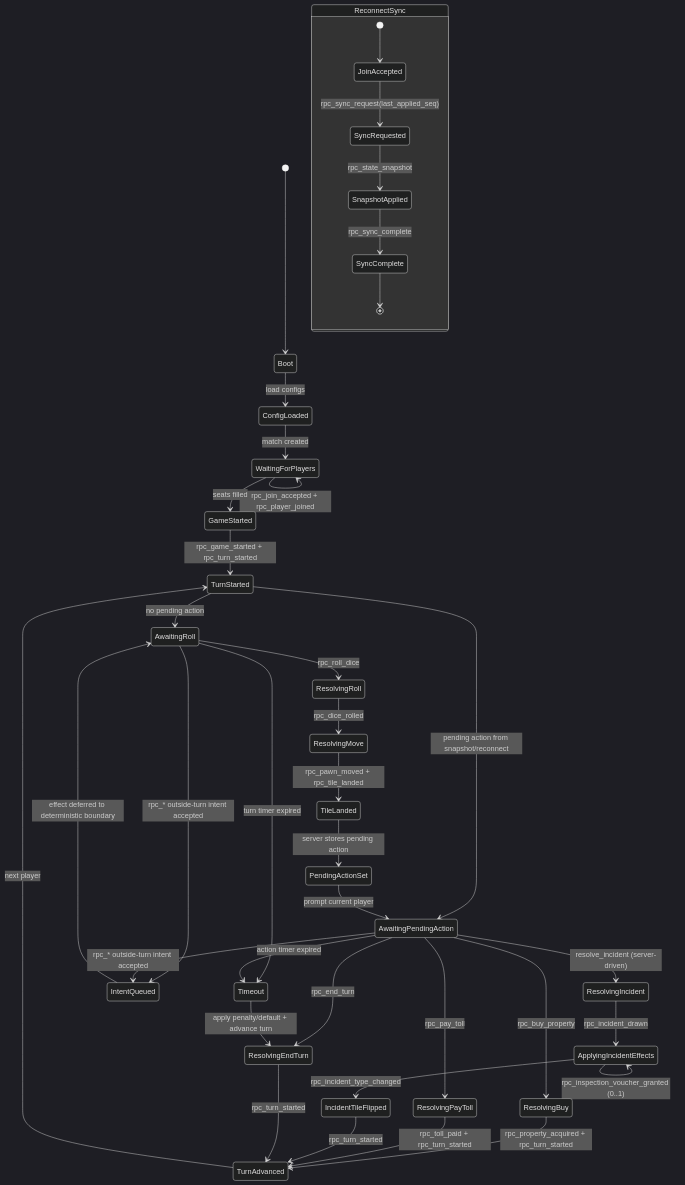
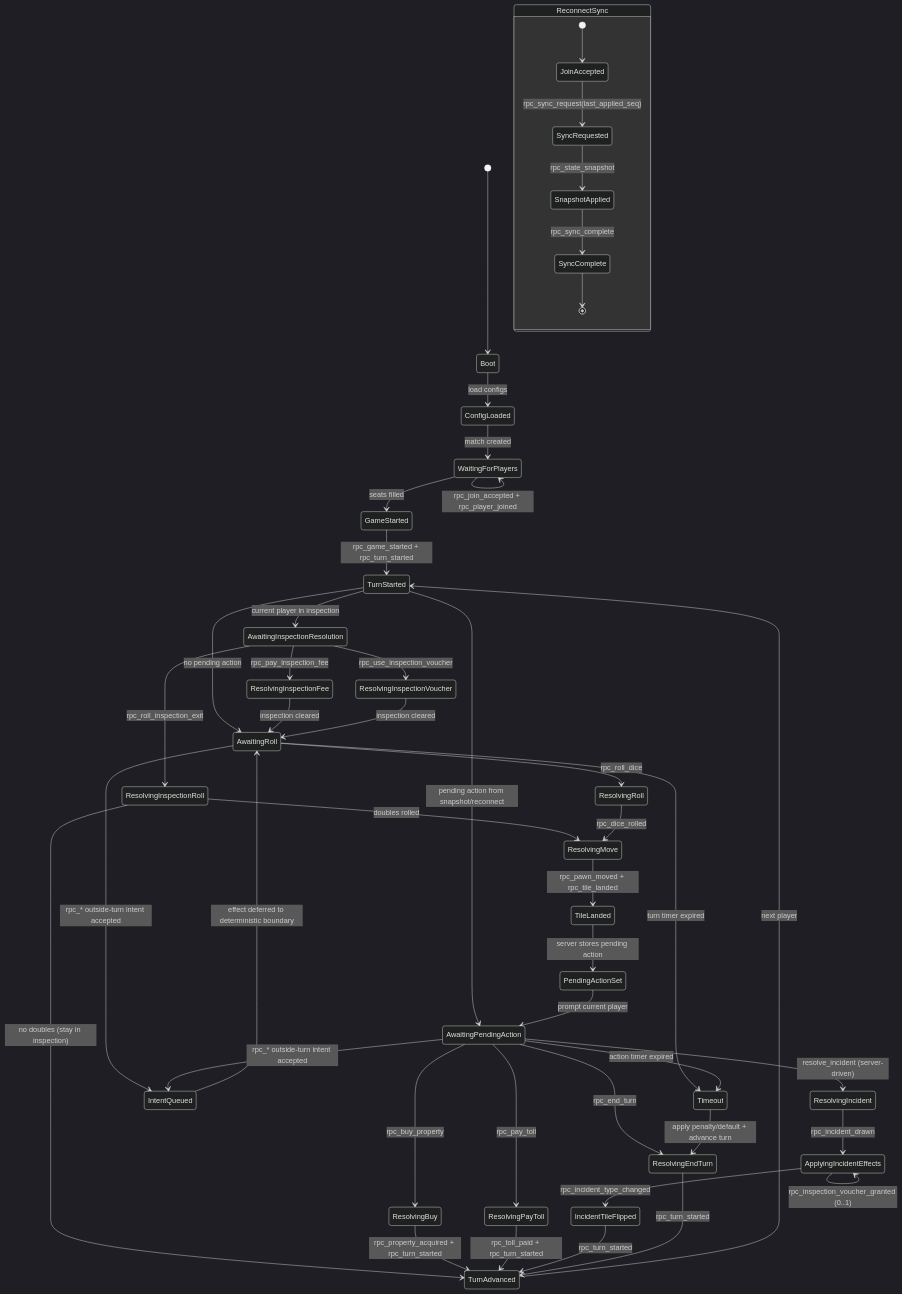
Before and after one commit to Falafel-Open-Games/evanopolis-ui-slice: the diagram in docs/state-machine.md, drawn with Mermaid (dark theme). The commit also changed other lines of this file and 16 other files, not shown here.

First line of the commit message:
feat: enforce inspection resolution before roll

````diff
--- a/docs/state-machine.md
+++ b/docs/state-machine.md
@@ -5,48 +5,56 @@
 ```mermaid
 stateDiagram-v2
     [*] --> Boot
     Boot --> ConfigLoaded: load configs
     ConfigLoaded --> WaitingForPlayers: match created
     WaitingForPlayers --> WaitingForPlayers: rpc_join (reject invalid)
     WaitingForPlayers --> WaitingForPlayers: rpc_join_accepted + rpc_player_joined
     WaitingForPlayers --> GameStarted: seats filled
     GameStarted --> TurnStarted: rpc_game_started + rpc_turn_started
 
     TurnStarted --> AwaitingRoll: no pending action
+    TurnStarted --> AwaitingInspectionResolution: current player in inspection
     TurnStarted --> AwaitingPendingAction: pending action from snapshot/reconnect
+    AwaitingInspectionResolution --> ResolvingInspectionFee: rpc_pay_inspection_fee
+    AwaitingInspectionResolution --> ResolvingInspectionVoucher: rpc_use_inspection_voucher
+    AwaitingInspectionResolution --> ResolvingInspectionRoll: rpc_roll_inspection_exit
+    ResolvingInspectionFee --> AwaitingRoll: inspection cleared
+    ResolvingInspectionVoucher --> AwaitingRoll: inspection cleared
+    ResolvingInspectionRoll --> ResolvingMove: doubles rolled
+    ResolvingInspectionRoll --> TurnAdvanced: no doubles (stay in inspection)
     AwaitingRoll --> ResolvingRoll: rpc_roll_dice
     ResolvingRoll --> ResolvingMove: rpc_dice_rolled
     ResolvingMove --> TileLanded: rpc_pawn_moved + rpc_tile_landed
     TileLanded --> PendingActionSet: server stores pending action
     PendingActionSet --> AwaitingPendingAction: prompt current player
     AwaitingPendingAction --> ResolvingBuy: rpc_buy_property
     AwaitingPendingAction --> ResolvingPayToll: rpc_pay_toll
     AwaitingPendingAction --> ResolvingIncident: resolve_incident (server-driven)
     AwaitingPendingAction --> ResolvingEndTurn: rpc_end_turn
     ResolvingBuy --> TurnAdvanced: rpc_property_acquired + rpc_turn_started
     ResolvingPayToll --> TurnAdvanced: rpc_toll_paid + rpc_turn_started
     ResolvingIncident --> ApplyingIncidentEffects: rpc_incident_drawn
     ApplyingIncidentEffects --> ApplyingIncidentEffects: rpc_player_balance_changed (0..N)
     ApplyingIncidentEffects --> ApplyingIncidentEffects: rpc_player_sent_to_inspection (0..1)
     ApplyingIncidentEffects --> ApplyingIncidentEffects: rpc_inspection_voucher_granted (0..1)
     ApplyingIncidentEffects --> IncidentTileFlipped: rpc_incident_type_changed
     IncidentTileFlipped --> TurnAdvanced: rpc_turn_started
     ResolvingEndTurn --> TurnAdvanced: rpc_turn_started
     TurnAdvanced --> TurnStarted: next player
 
     AwaitingRoll --> IntentQueued: rpc_* outside-turn intent accepted
     AwaitingPendingAction --> IntentQueued: rpc_* outside-turn intent accepted
     IntentQueued --> AwaitingRoll: effect deferred to deterministic boundary
 
     AwaitingRoll --> Timeout: turn timer expired
     AwaitingPendingAction --> Timeout: action timer expired
     Timeout --> ResolvingEndTurn: apply penalty/default + advance turn
 
     state ReconnectSync {
       [*] --> JoinAccepted
       JoinAccepted --> SyncRequested: rpc_sync_request(last_applied_seq)
       SyncRequested --> SnapshotApplied: rpc_state_snapshot
       SnapshotApplied --> SyncComplete: rpc_sync_complete
       SyncComplete --> [*]
     }
 ```
````
